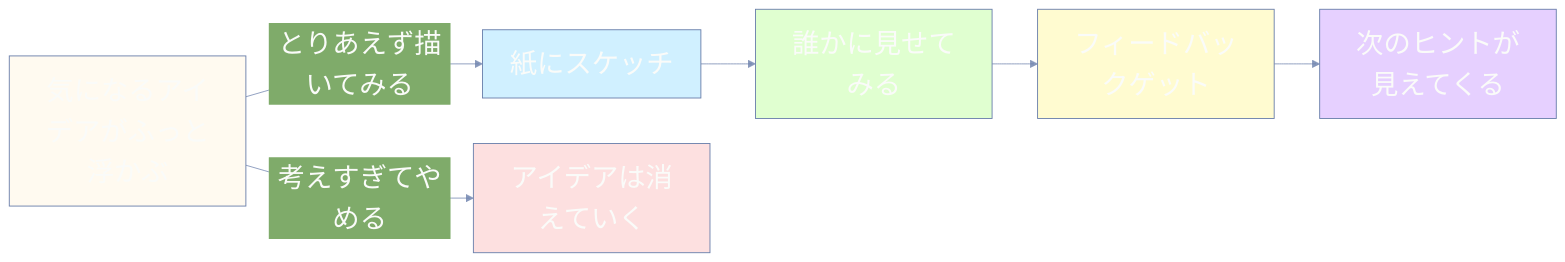
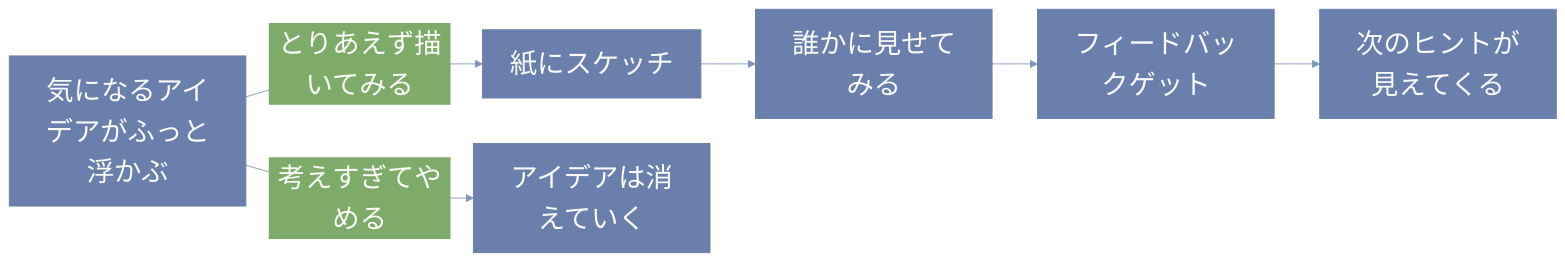
Before and after one commit to zoldof/zenn-content: the second of 2 diagrams in articles/idea-design-prototype.md, drawn with Mermaid. The commit also changed other lines of this file, not shown here.

````diff
--- a/articles/idea-design-prototype.md
+++ b/articles/idea-design-prototype.md
@@ -151,17 +146,10 @@
 ```mermaid
 %%{init:{'theme':'base','themeVariables':{'primaryColor':'#6A7FAB','primaryTextColor':'#FAFBF9','primaryBorderColor':'#6A7FAB','lineColor':'#6A7FABCC','textColor':'#6A7FABCC','fontSize':'30px'}}}%%
 flowchart LR
   A[気になるアイデアがふっと浮かぶ]
   A -->|とりあえず描いてみる| B[紙にスケッチ]
   A -->|考えすぎてやめる| C[アイデアは消えていく]
   B --> D[誰かに見せてみる]
   D --> E[フィードバックゲット]
   E --> F[次のヒントが見えてくる]
-
-  style A fill:#FFFAF0
-  style B fill:#D0F0FF
-  style C fill:#FDE0E0
-  style D fill:#E0FFD0
-  style E fill:#FFFBD0
-  style F fill:#E6D0FF
 ```
````
